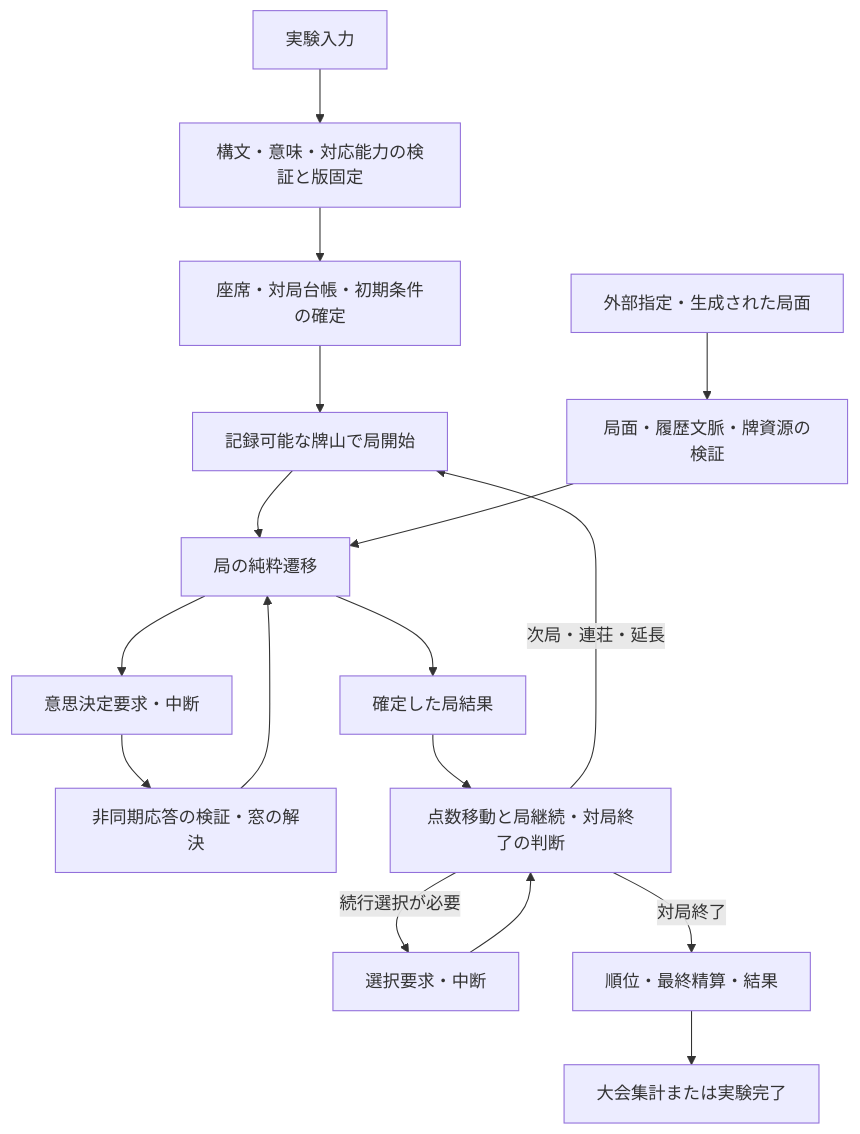
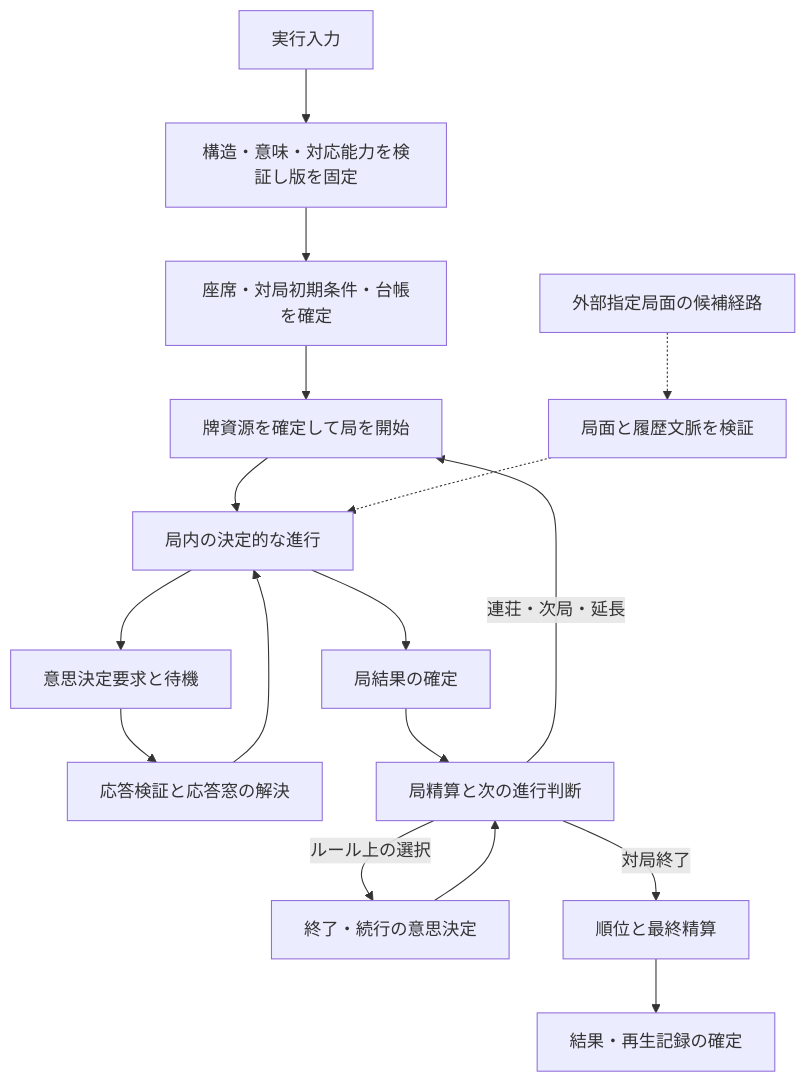
One commit to Apricot-S/lizhisim changed the diagram in docs/redesign/design.md. Above: the diagram before and after it, drawn with Mermaid. The commit also changed other lines of this file and 61 other files, not shown here.

````diff
--- a/docs/redesign/design.md
+++ b/docs/redesign/design.md
@@ -76,19 +73,19 @@
 ```mermaid
 flowchart TD
-    A[実験入力] --> B[構文・意味・対応能力の検証と版固定]
-    B --> C[座席・対局台帳・初期条件の確定]
-    C --> D[記録可能な牌山で局開始]
-    D --> E[局の純粋遷移]
-    X[外部指定・生成された局面] --> V[局面・履歴文脈・牌資源の検証]
-    V --> E
-    E --> F[意思決定要求・中断]
-    F --> G[非同期応答の検証・窓の解決]
+    A[実行入力] --> B[構造・意味・対応能力を検証し版を固定]
+    B --> C[座席・対局初期条件・台帳を確定]
+    C --> D[牌資源を確定して局を開始]
+    D --> E[局内の決定的な進行]
+    E --> F[意思決定要求と待機]
+    F --> G[応答検証と応答窓の解決]
     G --> E
-    E --> H[確定した局結果]
-    H --> I[点数移動と局継続・対局終了の判断]
-    I -->|次局・連荘・延長| D
-    I -->|続行選択が必要| J[選択要求・中断]
+    E --> H[局結果の確定]
+    H --> I[局精算と次の進行判断]
+    I -->|連荘・次局・延長| D
+    I -->|ルール上の選択| J[終了・続行の意思決定]
     J --> I
-    I -->|対局終了| K[順位・最終精算・結果]
-    K --> L[大会集計または実験完了]
+    I -->|対局終了| K[順位と最終精算]
+    K --> L[結果・再生記録の確定]
+    X[外部指定局面の候補経路] -.-> V[局面と履歴文脈を検証]
+    V -.-> E
 ```
````
